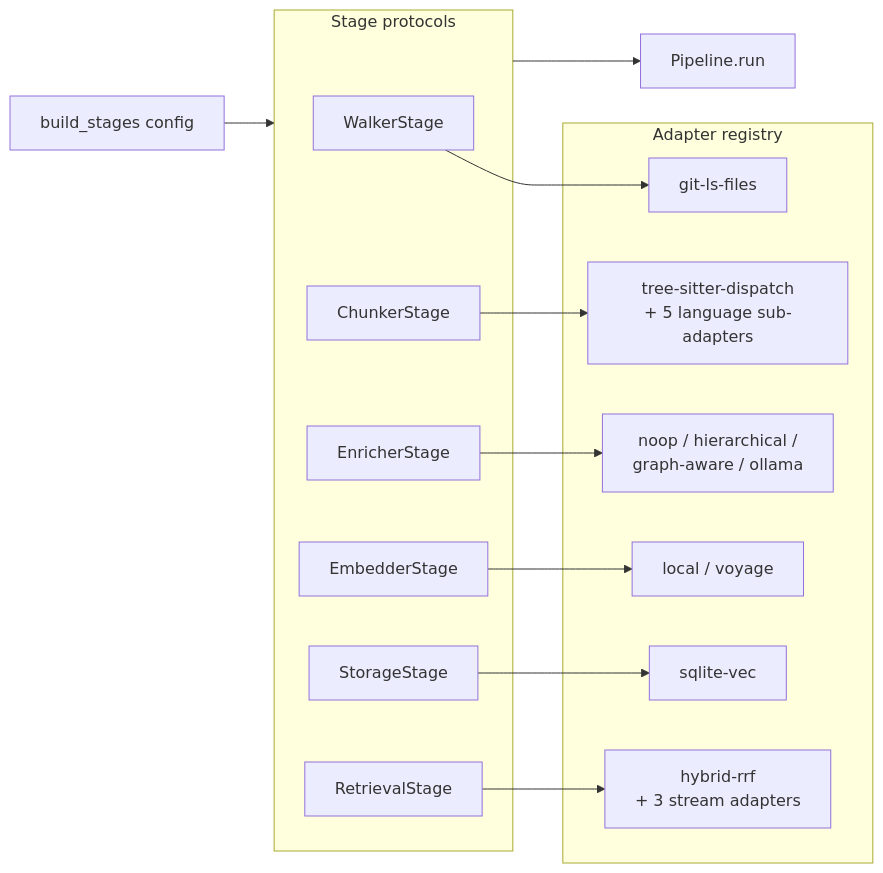
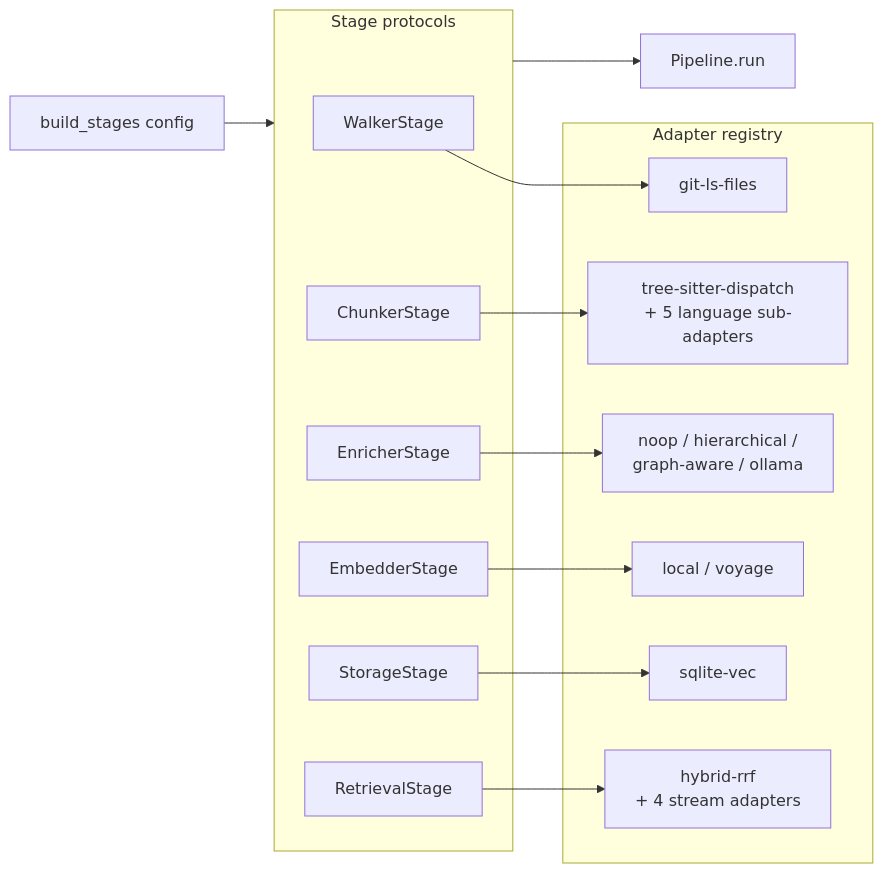
Before and after one commit to JonatasFischer/stropha: the fourth of 5 diagrams in README.md, drawn with Mermaid. The commit also changed other lines of this file and 29 other files, not shown here.

````diff
--- a/README.md
+++ b/README.md
@@ -384,28 +384,28 @@
 ```mermaid
 flowchart LR
     subgraph stages[Stage protocols]
         WS[WalkerStage]
         CS[ChunkerStage]
         ES[EnricherStage]
         EMS[EmbedderStage]
         SS[StorageStage]
         RS[RetrievalStage]
     end
     subgraph reg[Adapter registry]
         WA[git-ls-files]
         CA[tree-sitter-dispatch<br/>+ 5 language sub-adapters]
         EA[noop / hierarchical /<br/>graph-aware / ollama]
         EMA[local / voyage]
         SA[sqlite-vec]
-        RA[hybrid-rrf<br/>+ 3 stream adapters]
+        RA[hybrid-rrf<br/>+ 4 stream adapters]
     end
     WS --> WA
     CS --> CA
     ES --> EA
     EMS --> EMA
     SS --> SA
     RS --> RA
 
     BUILDER[build_stages config] --> stages
     stages --> PIPELINE[Pipeline.run]
 ```
````
